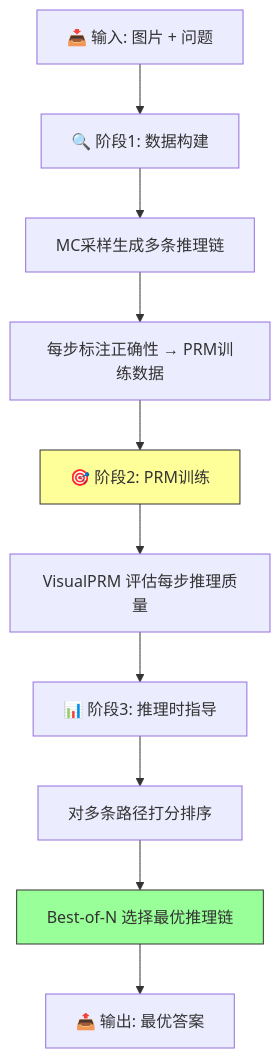
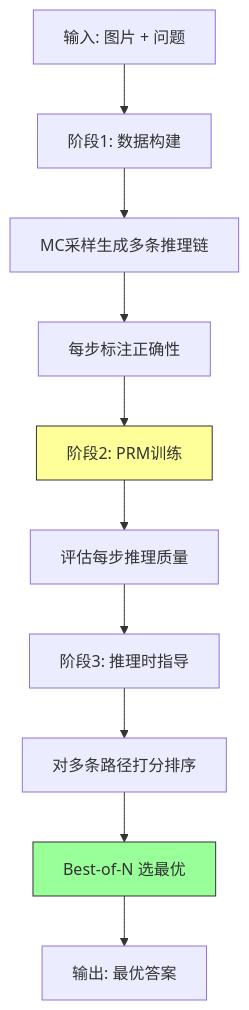
One commit to Haohaha-11/Paper-Reading-form-Eason changed the diagram in topics/VLM-Bottleneck-Analysis-and-Method-Design/reward/[Arxiv 2025] VisualPRM/README.md. Above: the diagram before and after it, drawn with Mermaid. The commit also changed 5 other files, not shown here.

First line of the commit message:
fix: Mermaid 流程图文本精简，去除 LaTeX 公式

````diff
--- a/topics/VLM-Bottleneck-Analysis-and-Method-Design/reward/[Arxiv 2025] VisualPRM/README.md
+++ b/topics/VLM-Bottleneck-Analysis-and-Method-Design/reward/[Arxiv 2025] VisualPRM/README.md
@@ -64,14 +64,14 @@
 ```mermaid
 flowchart TD
-    A["📥 输入: 图片 + 问题"] --> B["🔍 阶段1: 数据构建"]
+    A["输入: 图片 + 问题"] --> B["阶段1: 数据构建"]
     B --> B1["MC采样生成多条推理链"]
-    B1 --> B2["每步标注正确性 → PRM训练数据"]
-    B2 --> C["🎯 阶段2: PRM训练"]
-    C --> C1["VisualPRM 评估每步推理质量"]
-    C1 --> D["📊 阶段3: 推理时指导"]
+    B1 --> B2["每步标注正确性"]
+    B2 --> C["阶段2: PRM训练"]
+    C --> C1["评估每步推理质量"]
+    C1 --> D["阶段3: 推理时指导"]
     D --> D1["对多条路径打分排序"]
-    D1 --> D2["Best-of-N 选择最优推理链"]
-    D2 --> E["📤 输出: 最优答案"]
+    D1 --> D2["Best-of-N 选最优"]
+    D2 --> E["输出: 最优答案"]
     style C fill:#ff9,stroke:#333
     style D2 fill:#9f9,stroke:#333
 ```
````
